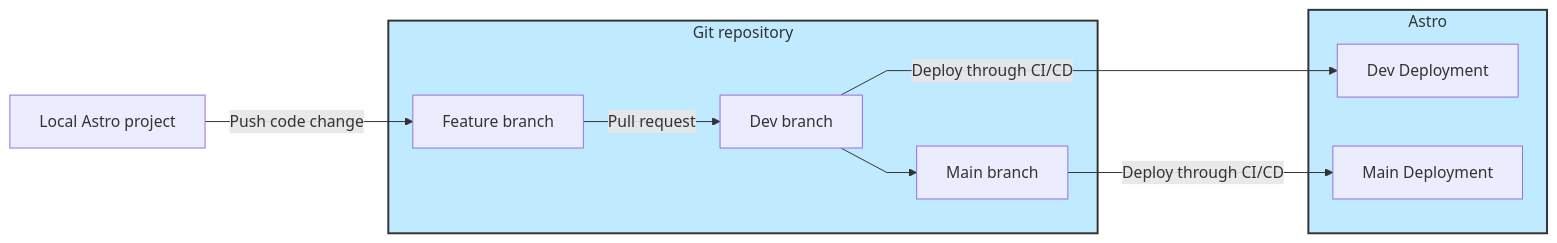
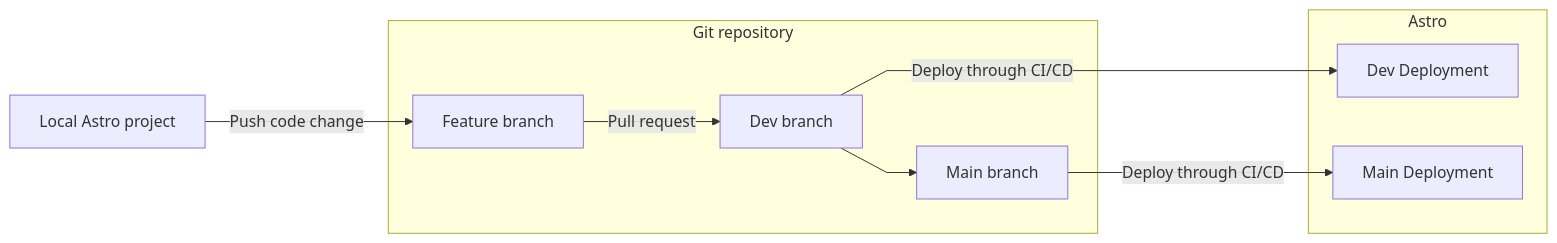
Before and after one commit to keu/docs: the second of 4 diagrams in astro/set-up-ci-cd.md, drawn with Mermaid. The commit also changed other lines of this file, not shown here.

Commit message:
Hotfix - remove subgraph styling

````diff
--- a/astro/set-up-ci-cd.md
+++ b/astro/set-up-ci-cd.md
@@ -90,19 +89,17 @@
 ```mermaid
 %%{ init: { 'flowchart': { 'curve': 'linear' } } }%%
 flowchart LR;
     classDef subgraph_padding fill:none,stroke:none
     classDef astro fill:#dbcdf6,stroke:#333,stroke-width:2px;
     id1[Local Astro project]-->|Push code change|id2[Feature branch]
     subgraph Git ["Git repository"]
     id2-->|Pull request| id3[Dev branch]
     id3 --> id5[Main branch]
     end
     id3-->|Deploy through CI/CD| id4[Dev Deployment]
     id5-->|Deploy through CI/CD| id6[Main Deployment]
     subgraph Astro [Astro]
     id4
     id6
     end
-    style Astro fill:#bfeaff,stroke:#333,stroke-width:2px
-    style Git fill:#bfeaff,stroke:#333,stroke-width:2px
 ```
````
